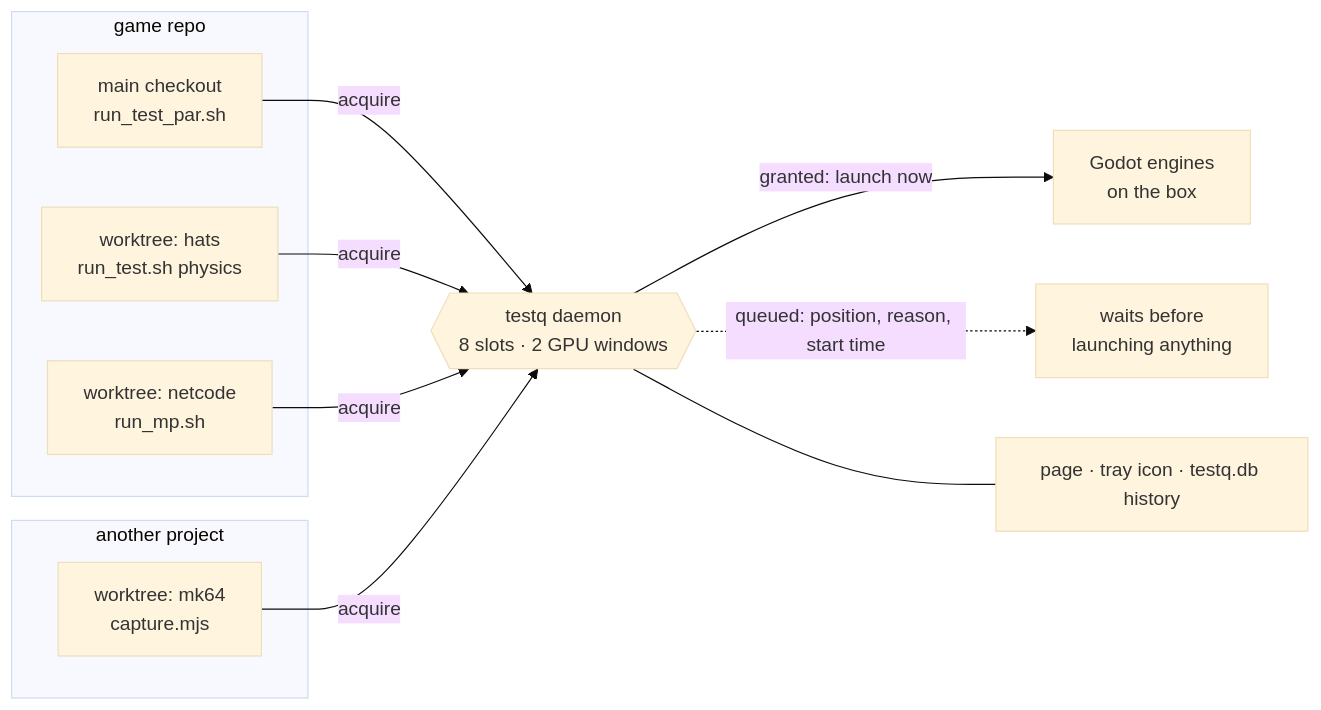
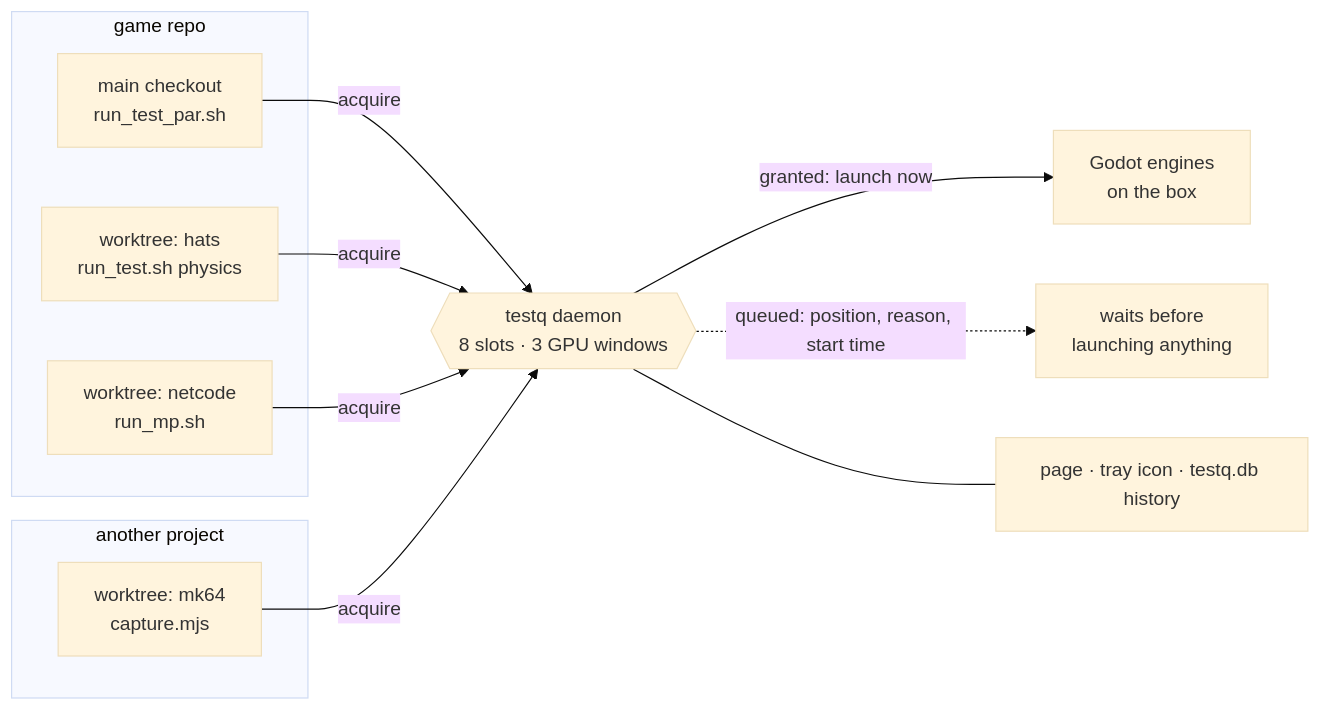
The diagram in README.md (BigFancyBen/testq), drawn with Mermaid (base theme) before and after one commit. The commit also changed other lines of this file and 2 other files, not shown here.

Commit message:
Daemon: testq cancel, orphaned verdict, duplicate refusal, GPU 3 windows, gpu_hold, last green in stats

````diff
--- a/README.md
+++ b/README.md
@@ -48,15 +48,15 @@
 ```mermaid
 flowchart LR
   subgraph game["game repo"]
     A["main checkout<br/>run_test_par.sh"]
     B["worktree: hats<br/>run_test.sh physics"]
     C["worktree: netcode<br/>run_mp.sh"]
   end
   subgraph app["another project"]
     D["worktree: mk64<br/>capture.mjs"]
   end
-  A & B & C & D -- "acquire" --> Q{{"testq daemon<br/>8 slots · 2 GPU windows"}}
+  A & B & C & D -- "acquire" --> Q{{"testq daemon<br/>8 slots · 3 GPU windows"}}
   Q -- "granted: launch now" --> R["Godot engines<br/>on the box"]
   Q -. "queued: position, reason, start time" .-> W["waits before<br/>launching anything"]
   Q --- P["page · tray icon · testq.db history"]
 ```
````
